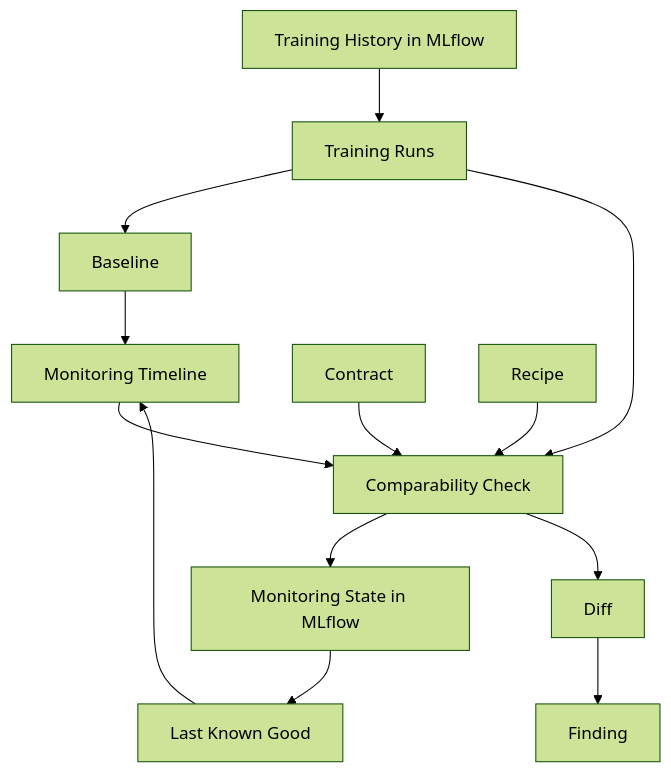
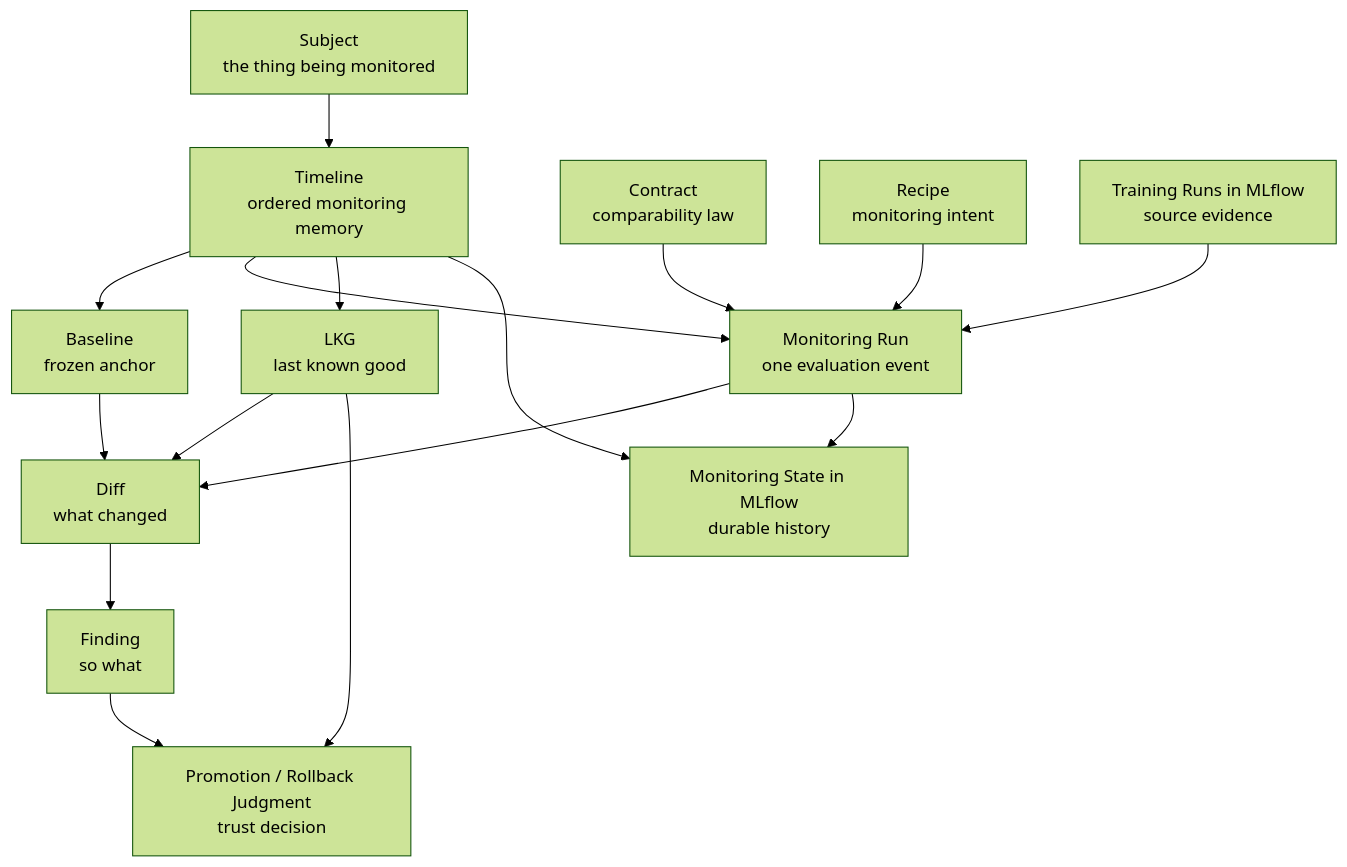
The diagram in docs/worldview.md (shizheng-rlfresh/mlflow-monitor), drawn with Mermaid (forest theme) before and after one commit. The commit also changed other lines of this file and 1 other file, not shown here.

````diff
--- a/docs/worldview.md
+++ b/docs/worldview.md
@@ -19,27 +41,31 @@
 ```mermaid
 flowchart TD
-    Training["Training History in MLflow"]
-    Runs["Training Runs"]
-    Baseline["Baseline"]
-    Timeline["Monitoring Timeline"]
-    Contract["Contract"]
-    Recipe["Recipe"]
-    Check["Comparability Check"]
-    Diff["Diff"]
-    Finding["Finding"]
-    LKG["Last Known Good"]
-    Monitoring["Monitoring State in MLflow"]
+    Subject["Subject<br/>the thing being monitored"]
+    Timeline["Timeline<br/>ordered monitoring memory"]
+    Baseline["Baseline<br/>frozen anchor"]
+    Run["Monitoring Run<br/>one evaluation event"]
+    LKG["LKG<br/>last known good"]
+    Contract["Contract<br/>comparability law"]
+    Recipe["Recipe<br/>monitoring intent"]
+    Training["Training Runs in MLflow<br/>source evidence"]
+    Diff["Diff<br/>what changed"]
+    Finding["Finding<br/>so what"]
+    Promotion["Promotion / Rollback Judgment<br/>trust decision"]
+    Monitoring["Monitoring State in MLflow<br/>durable history"]
 
-    Training --> Runs
-    Runs --> Baseline
-    Runs --> Check
-    Baseline --> Timeline
-    Timeline --> Check
-    Recipe --> Check
-    Contract --> Check
-    Check --> Monitoring
-    Check --> Diff
+    Subject --> Timeline
+    Timeline --> Baseline
+    Timeline --> Run
+    Timeline --> LKG
+    Training --> Run
+    Recipe --> Run
+    Contract --> Run
+    Baseline --> Diff
+    Run --> Diff
+    LKG --> Diff
     Diff --> Finding
-    Monitoring --> LKG
-    LKG --> Timeline
+    Finding --> Promotion
+    Run --> Monitoring
+    Timeline --> Monitoring
+    LKG --> Promotion
 ```
````
